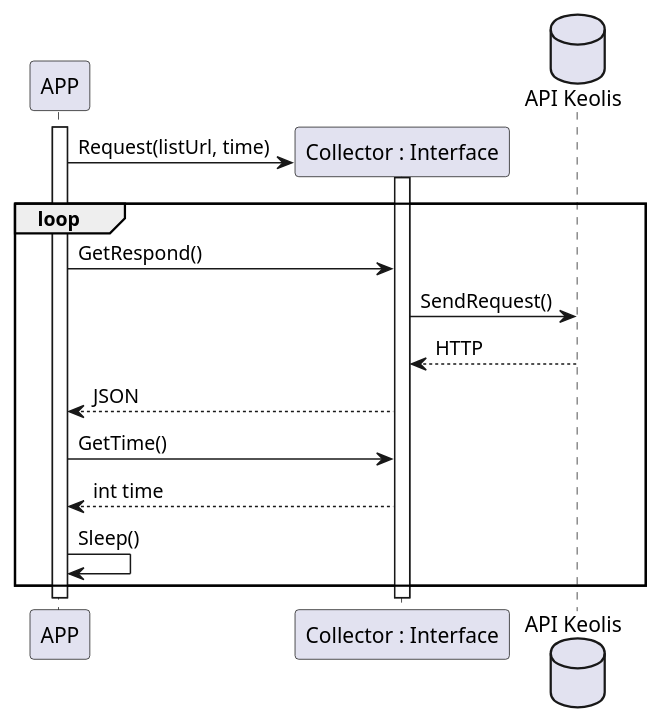
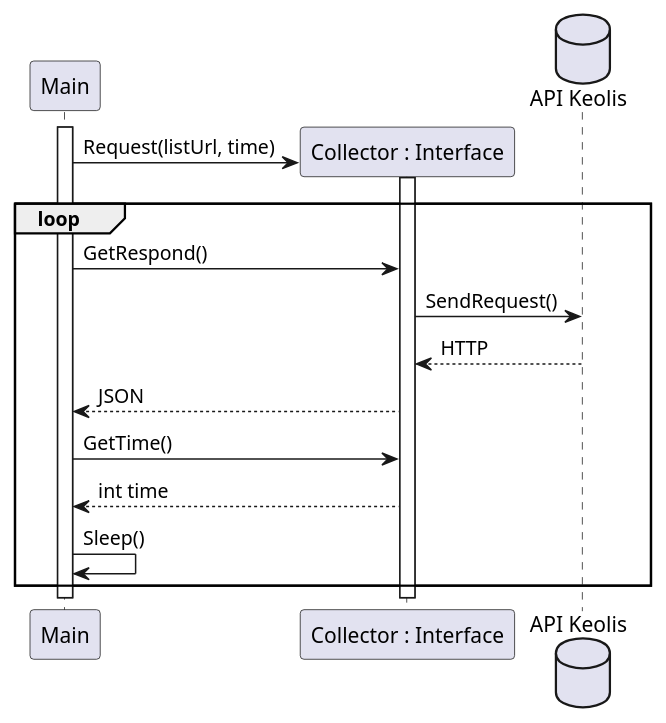
One commit to ESIR2-PROJET-KEOLIS/design changed the first of 2 diagrams in sprint0/collector/SequenceDiagramCollector.puml. Above: the diagram before and after it, drawn with PlantUML. The commit also changed other lines of this file, not shown here.

```diff
--- a/sprint0/collector/SequenceDiagramCollector.puml
+++ b/sprint0/collector/SequenceDiagramCollector.puml
@@ -1,18 +1,18 @@
 @startuml SequenceCollector
-participant APP
-activate APP
+participant Main
+activate Main
 create "Collector : Interface" as Col 
-APP -> Col : Request(listUrl, time)
+Main -> Col : Request(listUrl, time)
 database "API Keolis" as API
 activate Col
 loop 
-APP -> Col : GetRespond()
+Main-> Col : GetRespond()
 Col -> API : SendRequest()
 API --> Col : HTTP
-Col --> APP : JSON
-APP -> Col : GetTime()
-APP <-- Col : int time
-APP -> APP : Sleep()
+Col --> Main: JSON
+Main-> Col : GetTime()
+Main<-- Col : int time
+Main-> Main: Sleep()
 end
 
 @enduml
```
